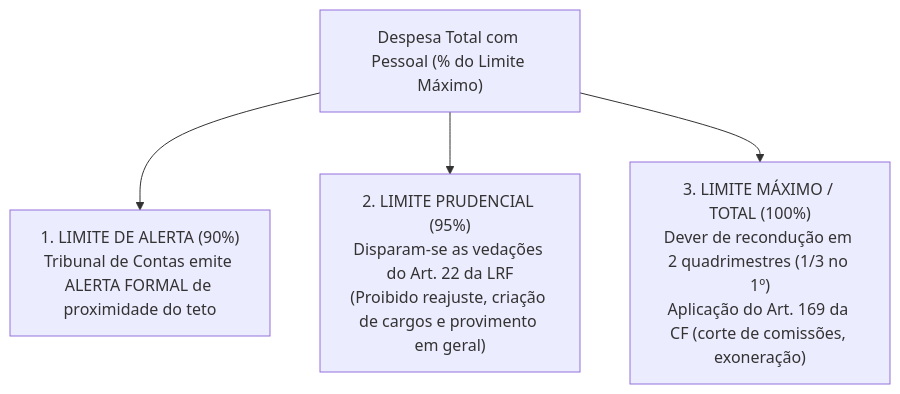
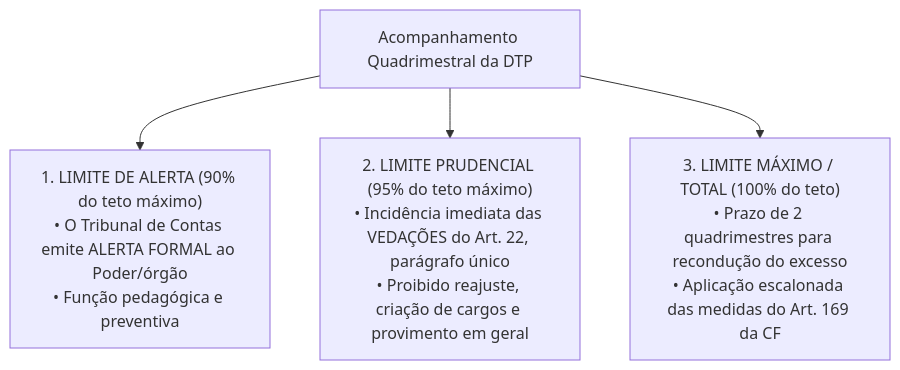
Before and after one commit to thiagosantos346/TCE-GO-2027: the fourth of 5 diagrams in fontes_de_estudo/conhecimentos_especificos_a01_tecnico_administrativo/19_nocoes_de_administracao_financeira_e_orcamentaria/05_lei_de_responsabilidade_fiscal_lrf_e_despesa_com_pessoal.md, drawn with Mermaid. The commit also changed other lines of this file and 119 other files, not shown here.

````diff
--- a/fontes_de_estudo/conhecimentos_especificos_a01_tecnico_administrativo/19_nocoes_de_administracao_financeira_e_orcamentaria/05_lei_de_responsabilidade_fiscal_lrf_e_despesa_com_pessoal.md
+++ b/fontes_de_estudo/conhecimentos_especificos_a01_tecnico_administrativo/19_nocoes_de_administracao_financeira_e_orcamentaria/05_lei_de_responsabilidade_fiscal_lrf_e_despesa_com_pessoal.md
@@ -115,7 +139,7 @@
 ```mermaid
 flowchart TD
-    DTP["Despesa Total com Pessoal (% do Limite Máximo)"]
-    DTP --> Alerta["1. LIMITE DE ALERTA (90%)<br/>Tribunal de Contas emite ALERTA FORMAL de proximidade do teto"]
-    DTP --> Prud["2. LIMITE PRUDENCIAL (95%)<br/>Disparam-se as vedações do Art. 22 da LRF<br/>(Proibido reajuste, criação de cargos e provimento em geral)"]
-    DTP --> Max["3. LIMITE MÁXIMO / TOTAL (100%)<br/>Dever de recondução em 2 quadrimestres (1/3 no 1º)<br/>Aplicação do Art. 169 da CF (corte de comissões, exoneração)"]
+    DTP["Acompanhamento Quadrimestral da DTP"]
+    DTP --> Alerta["1. LIMITE DE ALERTA (90% do teto máximo)<br/>• O Tribunal de Contas emite ALERTA FORMAL ao Poder/órgão<br/>• Função pedagógica e preventiva"]
+    DTP --> Prud["2. LIMITE PRUDENCIAL (95% do teto máximo)<br/>• Incidência imediata das VEDAÇÕES do Art. 22, parágrafo único<br/>• Proibido reajuste, criação de cargos e provimento em geral"]
+    DTP --> Max["3. LIMITE MÁXIMO / TOTAL (100% do teto)<br/>• Prazo de 2 quadrimestres para recondução do excesso<br/>• Aplicação escalonada das medidas do Art. 169 da CF"]
 ```
````
